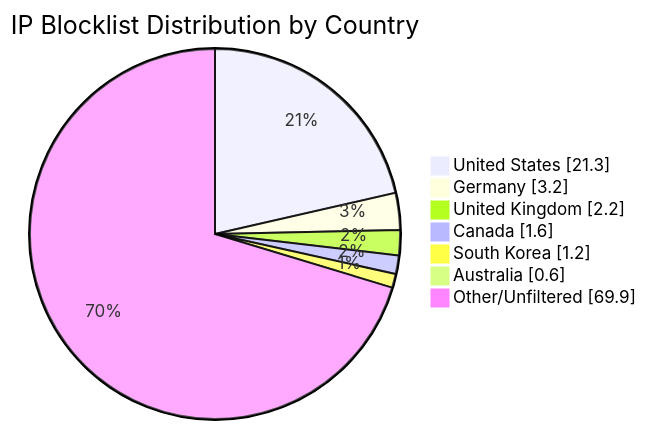
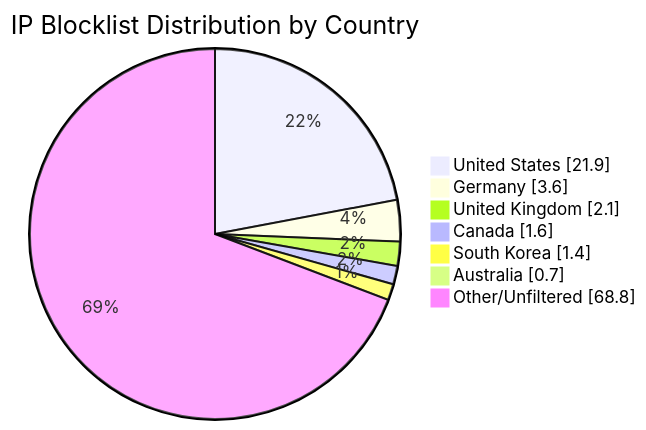
One commit to MarcusHoltz/ipblocklist-geofiltered-aggregator changed the diagram in README.md. Above: the diagram before and after it, drawn with Mermaid. The commit also changed other lines of this file and 9 other files, not shown here.

````diff
--- a/README.md
+++ b/README.md
@@ -34,10 +34,10 @@
 ```mermaid
 pie showData title IP Blocklist Distribution by Country
-"United States" : 21.3
-"Germany" : 3.2
-"United Kingdom" : 2.2
+"United States" : 21.9
+"Germany" : 3.6
+"United Kingdom" : 2.1
 "Canada" : 1.6
-"South Korea" : 1.2
-"Australia" : 0.6
-"Other/Unfiltered" : 69.9
+"South Korea" : 1.4
+"Australia" : 0.7
+"Other/Unfiltered" : 68.8
 ```
````
